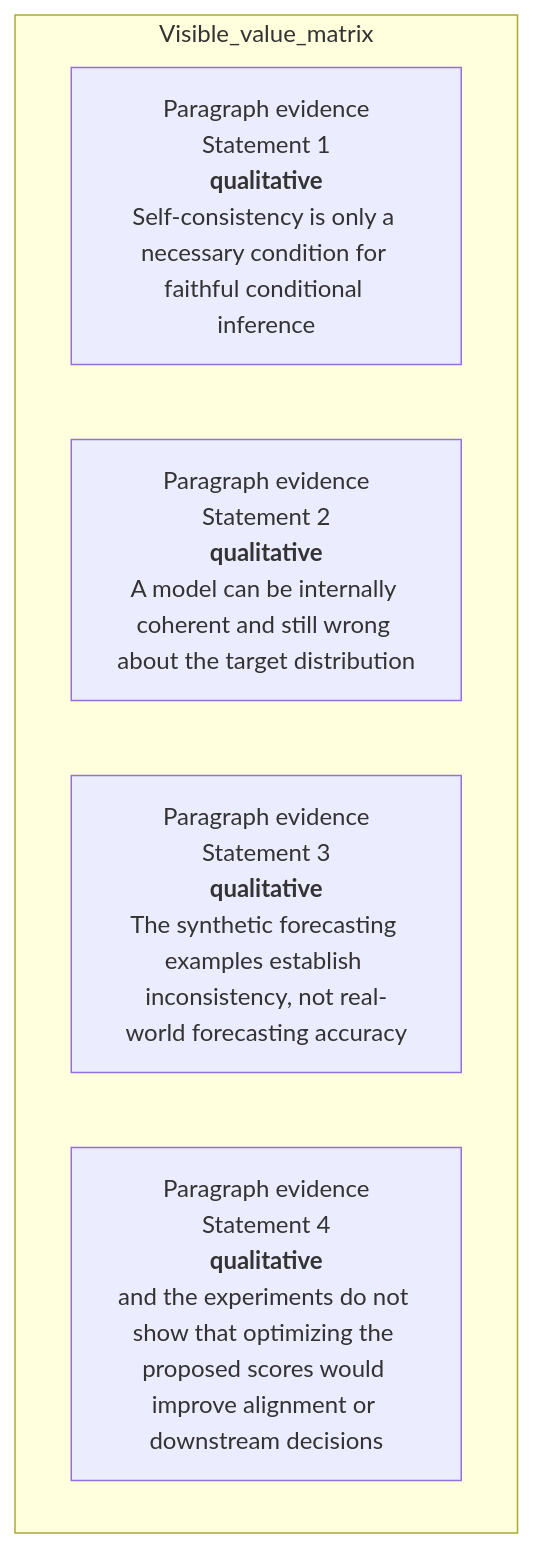
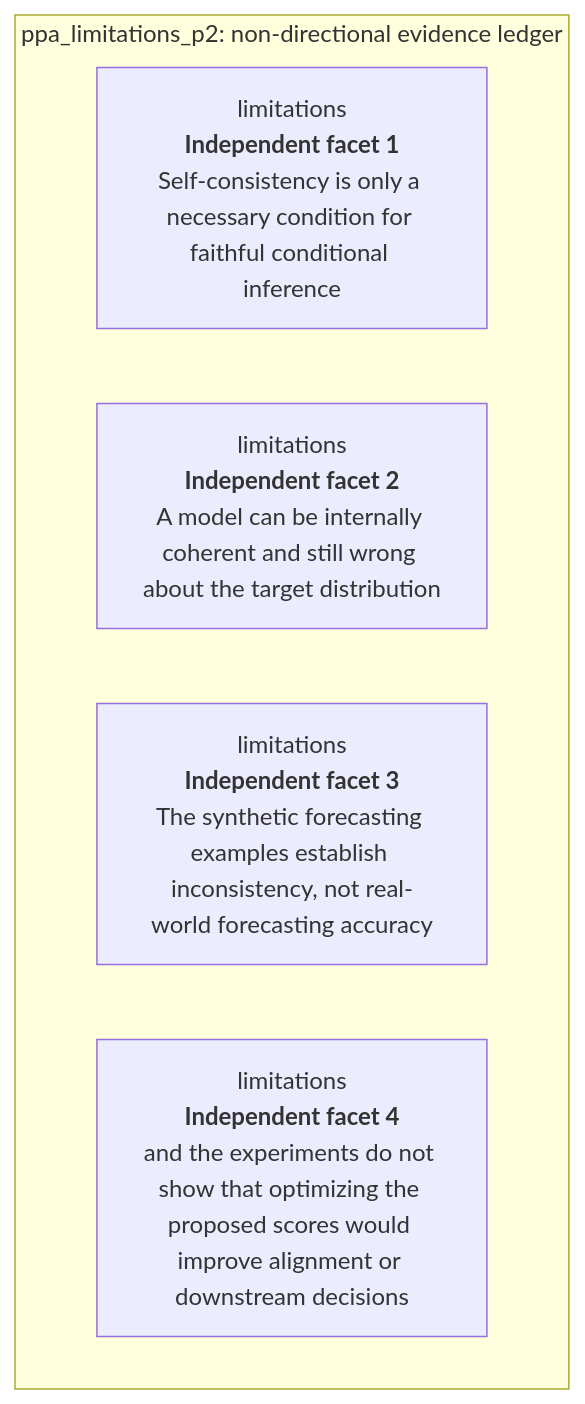
One commit to Betancourt1/paper_atlas changed diagram 41 of 48 in docs/visual-manifests/VISUAL_MANIFEST_PARTITION_PROMPT_AGGREGATE.md. Above: the diagram before and after it, drawn with Mermaid. The commit also changed other lines of this file and 7 other files, not shown here.

````diff
--- a/docs/visual-manifests/VISUAL_MANIFEST_PARTITION_PROMPT_AGGREGATE.md
+++ b/docs/visual-manifests/VISUAL_MANIFEST_PARTITION_PROMPT_AGGREGATE.md
@@ -3313,9 +3319,9 @@
 ```mermaid
 flowchart TB
-  subgraph Visible_value_matrix
-    r1["Paragraph evidence<br/>Statement 1<br/><b>qualitative</b><br/>Self-consistency is only a necessary condition for faithful conditional inference"]
-    r2["Paragraph evidence<br/>Statement 2<br/><b>qualitative</b><br/>A model can be internally coherent and still wrong about the target distribution"]
-    r3["Paragraph evidence<br/>Statement 3<br/><b>qualitative</b><br/>The synthetic forecasting examples establish inconsistency, not real-world forecasting accuracy"]
-    r4["Paragraph evidence<br/>Statement 4<br/><b>qualitative</b><br/>and the experiments do not show that optimizing the proposed scores would improve alignment or downstream decisions"]
+  subgraph Ledger["ppa_limitations_p2: non-directional evidence ledger"]
+    r1["limitations<br/><b>Independent facet 1</b><br/>Self-consistency is only a necessary condition for faithful conditional inference"]
+    r2["limitations<br/><b>Independent facet 2</b><br/>A model can be internally coherent and still wrong about the target distribution"]
+    r3["limitations<br/><b>Independent facet 3</b><br/>The synthetic forecasting examples establish inconsistency, not real-world forecasting accuracy"]
+    r4["limitations<br/><b>Independent facet 4</b><br/>and the experiments do not show that optimizing the proposed scores would improve alignment or downstream decisions"]
   end
 ```
````
